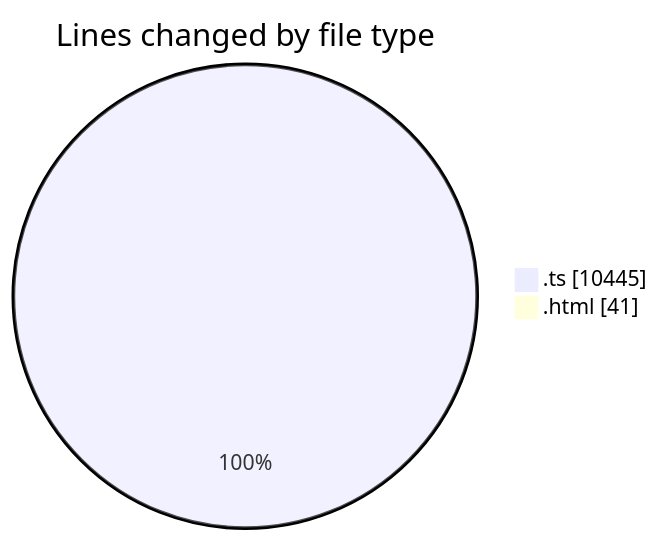
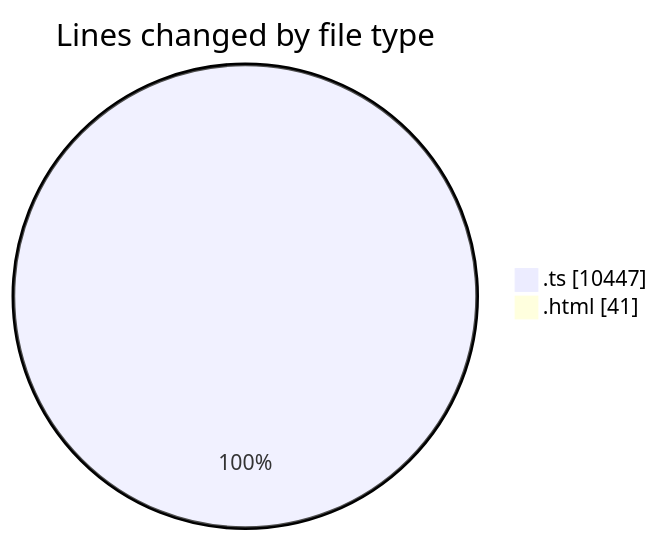
One commit to tmsrecording-cyber/code-tracking changed the first of 2 diagrams in 2026-02-08/singularitybrainai/README.md. Above: the diagram before and after it, drawn with Mermaid. The commit also changed other lines of this file and 1 other file, not shown here.

````diff
--- a/2026-02-08/singularitybrainai/README.md
+++ b/2026-02-08/singularitybrainai/README.md
@@ -36,6 +36,6 @@
 ```mermaid
 pie showData
 title Lines changed by file type
-".ts" : 10445
+".ts" : 10447
 ".html" : 41
 ```
````
